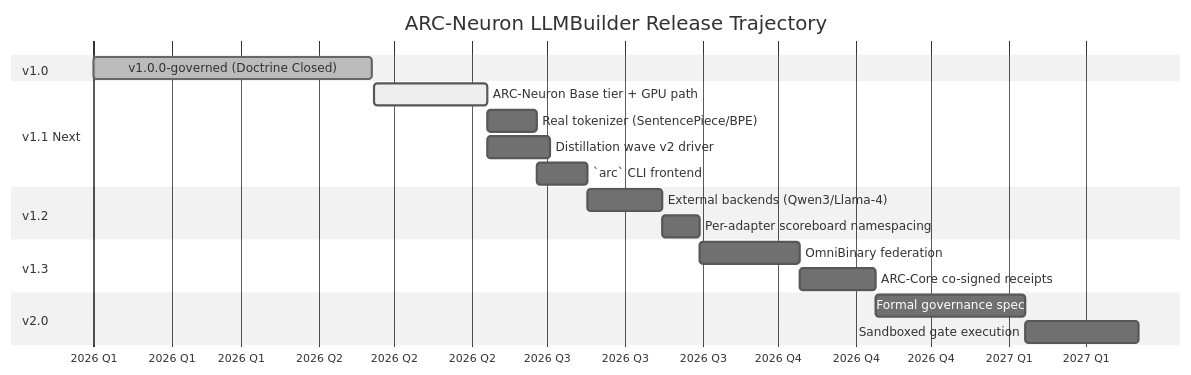
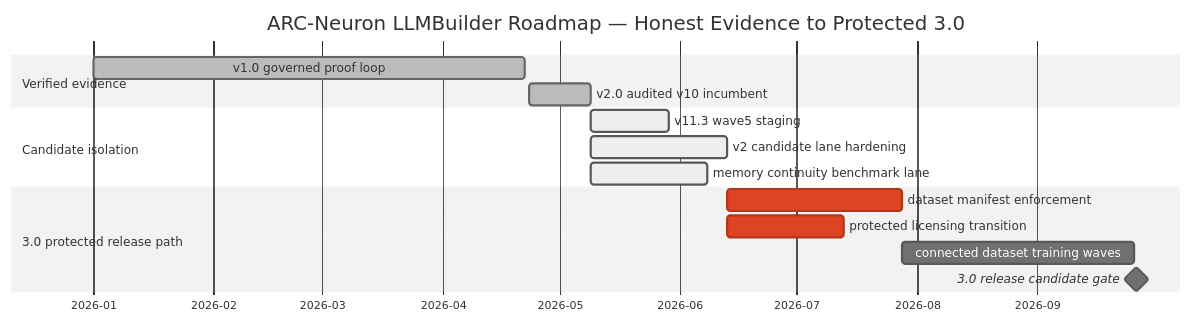
One commit to GareBear99/ARC-Neuron-LLMBuilder changed the fourth of 4 diagrams in README.md. Above: the diagram before and after it, drawn with Mermaid (neutral theme). The commit also changed other lines of this file, not shown here.

````diff
--- a/README.md
+++ b/README.md
@@ -483,27 +501,21 @@
 ```mermaid
 gantt
-    title ARC-Neuron LLMBuilder Release Trajectory
+    title ARC-Neuron LLMBuilder Roadmap — Honest Evidence to Protected 3.0
     dateFormat YYYY-MM-DD
-    axisFormat %Y Q%q
+    axisFormat %Y-%m
 
-    section v1.0
-    v1.0.0-governed (Doctrine Closed)      :done,    v10, 2026-01-01, 2026-04-22
+    section Verified evidence
+    v1.0 governed proof loop             :done, v10a, 2026-01-01, 2026-04-22
+    v2.0 audited v10 incumbent           :done, v10b, 2026-04-23, 2026-05-09
 
-    section v1.1 Next
-    ARC-Neuron Base tier + GPU path        :active,  v11a, 2026-04-23, 45d
-    Real tokenizer (SentencePiece/BPE)     :         v11b, after v11a, 20d
-    Distillation wave v2 driver            :         v11c, after v11a, 25d
-    `arc` CLI frontend                     :         v11d, after v11b, 20d
+    section Candidate isolation
+    v11.3 wave5 staging                  :active, v113, 2026-05-09, 20d
+    v2 candidate lane hardening          :active, v2c, 2026-05-09, 35d
+    memory continuity benchmark lane     :active, mem, 2026-05-09, 30d
 
-    section v1.2
-    External backends (Qwen3/Llama-4)      :         v12a, after v11d, 30d
-    Per-adapter scoreboard namespacing     :         v12b, after v12a, 15d
-
-    section v1.3
-    OmniBinary federation                  :         v13a, after v12b, 40d
-    ARC-Core co-signed receipts            :         v13b, after v13a, 30d
-
-    section v2.0
-    Formal governance spec                 :         v20a, after v13b, 60d
-    Sandboxed gate execution               :         v20b, after v20a, 45d
+    section 3.0 protected release path
+    dataset manifest enforcement         :crit, ds, after v2c, 45d
+    protected licensing transition       :crit, lic, after v2c, 30d
+    connected dataset training waves     :train, after ds, 60d
+    3.0 release candidate gate           :milestone, m1, after train, 1d
 ```
````
